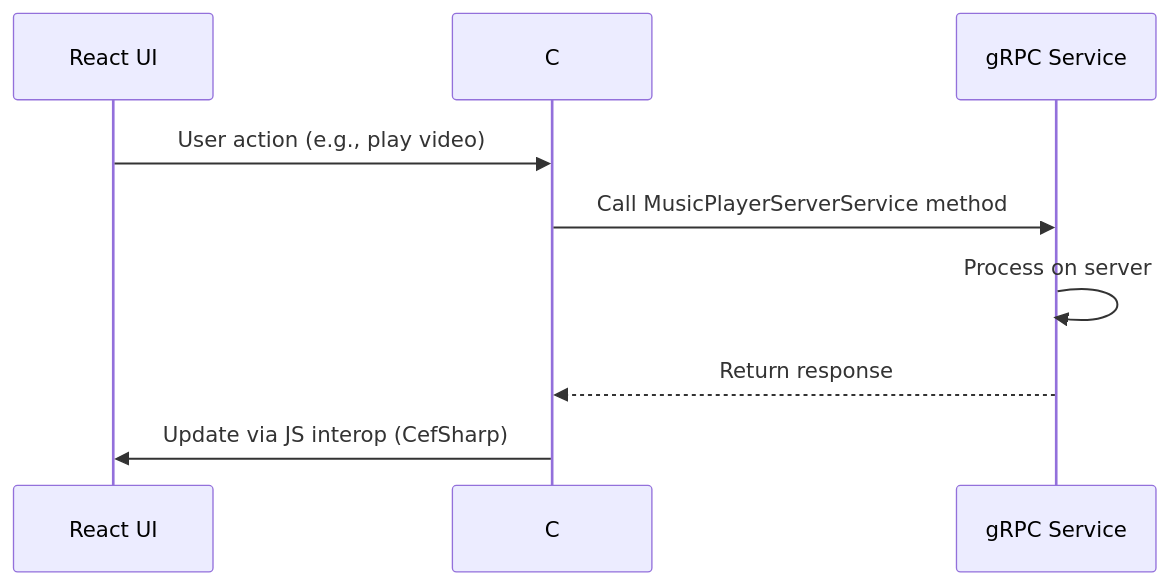
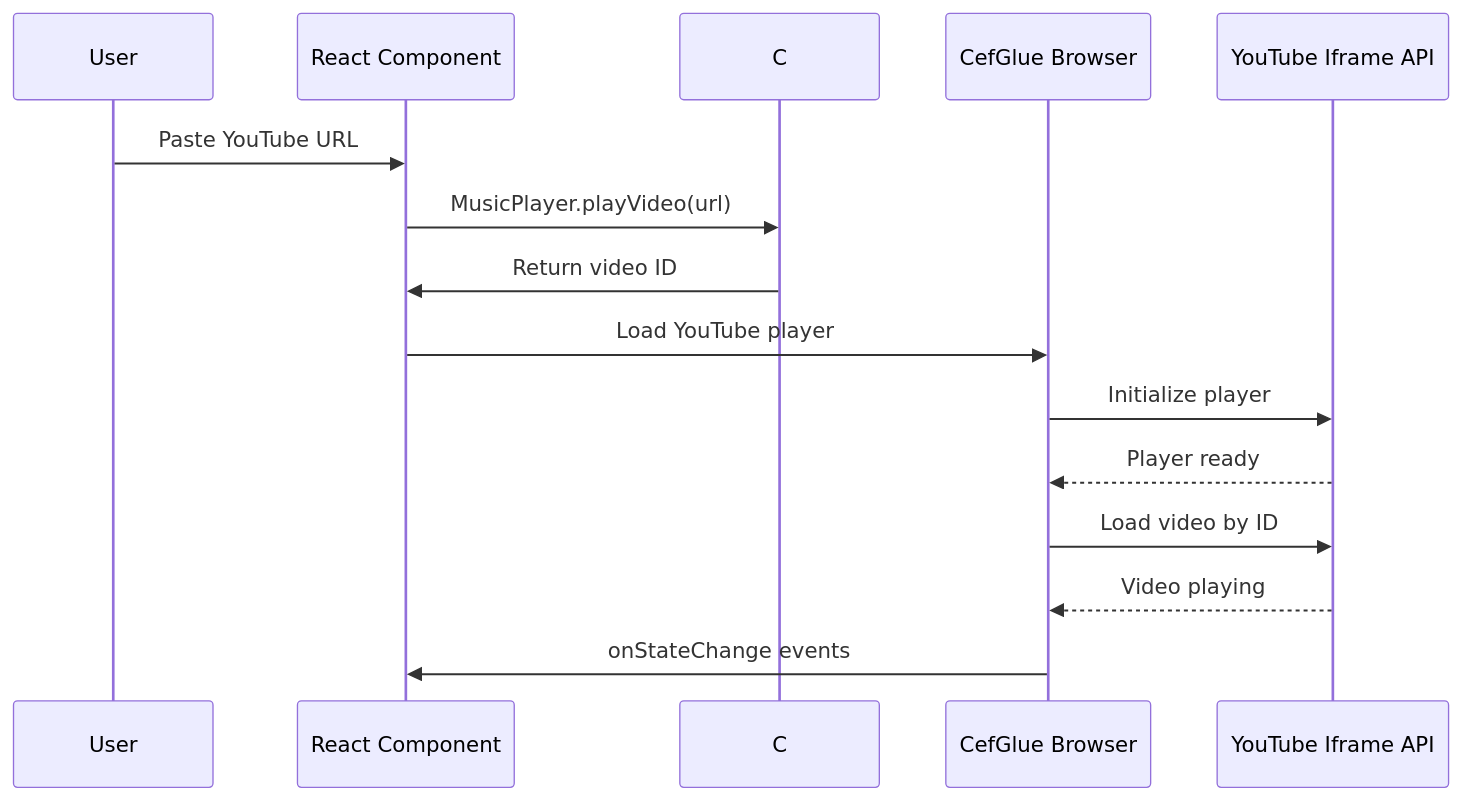
The seventh of 7 diagrams in docs/HOW-IT-WORKS.md (Dinand01/MusicPlayer), drawn with Mermaid before and after one commit. The commit also changed other lines of this file and 19 other files, not shown here.

````diff
--- a/docs/HOW-IT-WORKS.md
+++ b/docs/HOW-IT-WORKS.md
@@ -477,12 +322,18 @@
 ```mermaid
 sequenceDiagram
-    participant React as React UI
-    participant C# as C# Backend
-    participant gRPC as gRPC Service
+    participant User as User
+    participant React as React Component
+    participant C# as C# Bridge
+    participant Browser as CefGlue Browser
+    participant YT as YouTube Iframe API
 
-    React->>C#: User action (e.g., play video)
-    C#->>gRPC: Call MusicPlayerServerService method
-    gRPC->>gRPC: Process on server
-    gRPC-->>C#: Return response
-    C#->>React: Update via JS interop (CefSharp)
+    User->>React: Paste YouTube URL
+    React->>C#: MusicPlayer.playVideo(url)
+    C#->>React: Return video ID
+    React->>Browser: Load YouTube player
+    Browser->>YT: Initialize player
+    YT-->>Browser: Player ready
+    Browser->>YT: Load video by ID
+    YT-->>Browser: Video playing
+    Browser->>React: onStateChange events
 ```
````
